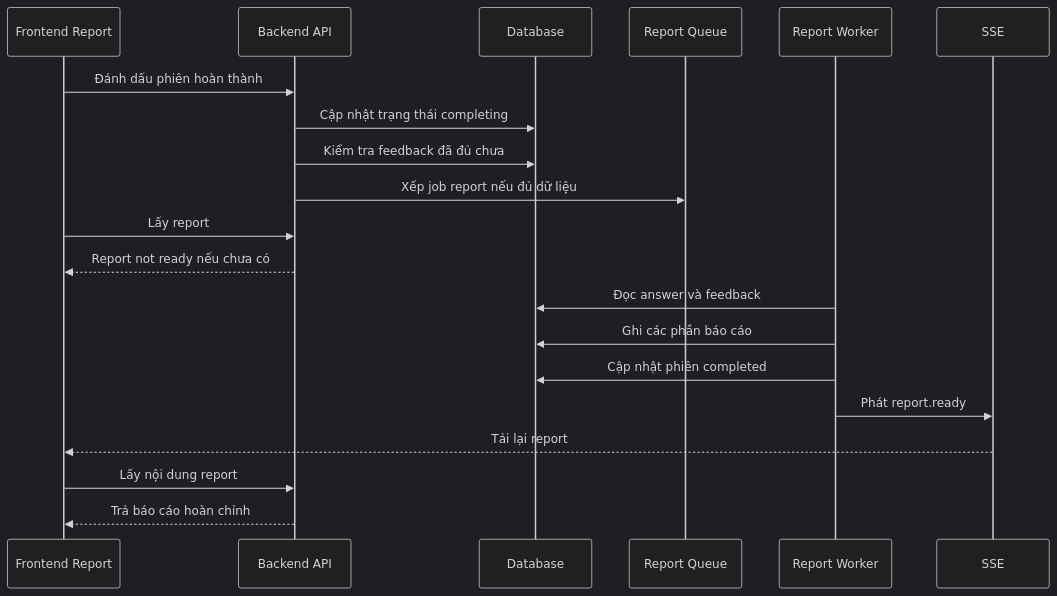
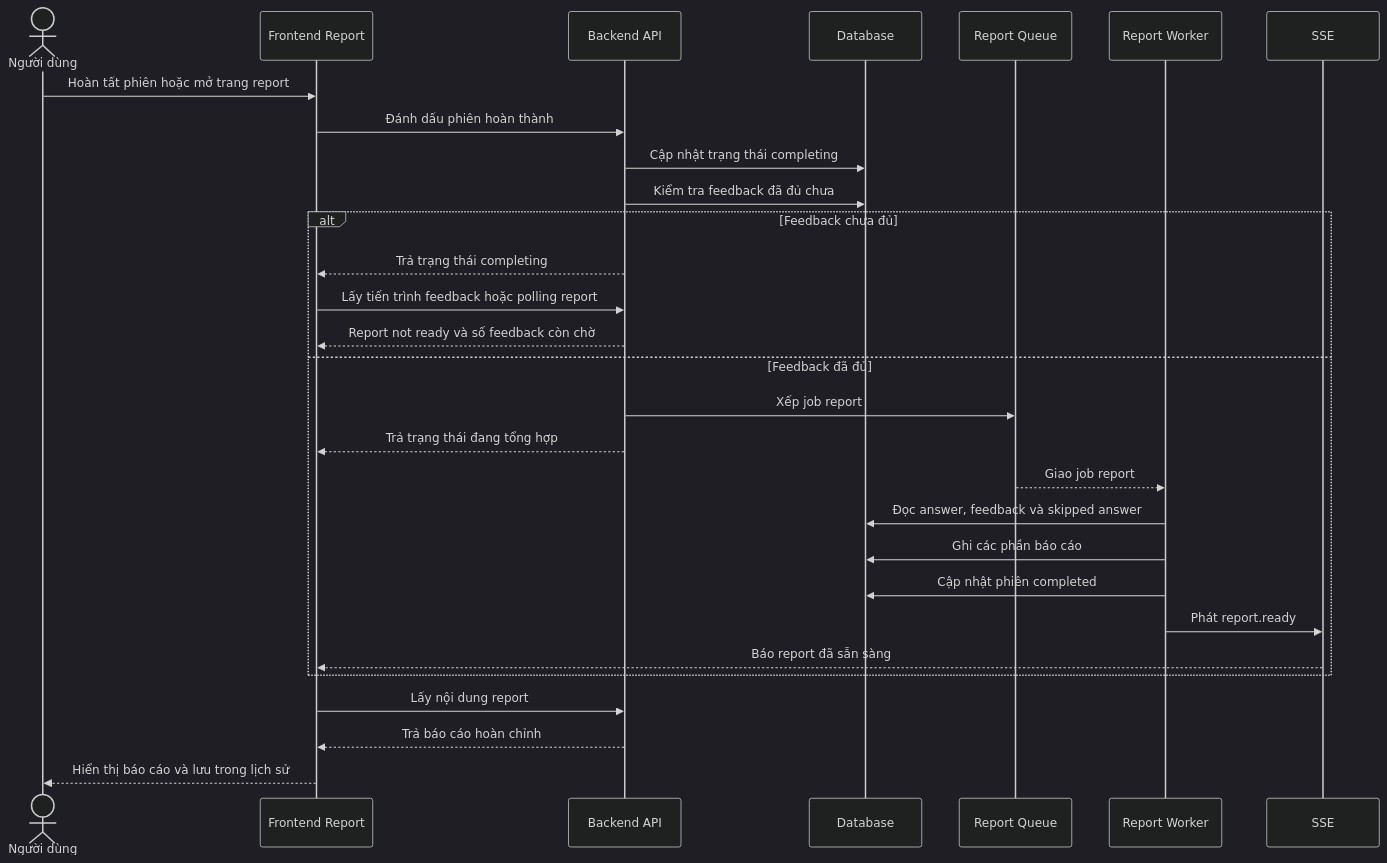
Before and after one commit to lethanhan01/interview-coach: diagram 15 of 18 in docs/final_report/Chuong4.md, drawn with Mermaid (dark theme). The commit also changed other lines of this file, not shown here.

Commit message:
Sửa lỗi báo cáo

````diff
--- a/docs/final_report/Chuong4.md
+++ b/docs/final_report/Chuong4.md
@@ -738,23 +858,34 @@
 ```mermaid
 sequenceDiagram
+    actor User as Người dùng
     participant FE as Frontend Report
     participant API as Backend API
     participant DB as Database
     participant Q as Report Queue
     participant Worker as Report Worker
     participant SSE as SSE
 
+    User->>FE: Hoàn tất phiên hoặc mở trang report
     FE->>API: Đánh dấu phiên hoàn thành
     API->>DB: Cập nhật trạng thái completing
     API->>DB: Kiểm tra feedback đã đủ chưa
-    API->>Q: Xếp job report nếu đủ dữ liệu
-    FE->>API: Lấy report
-    API-->>FE: Report not ready nếu chưa có
-    Worker->>DB: Đọc answer và feedback
-    Worker->>DB: Ghi các phần báo cáo
-    Worker->>DB: Cập nhật phiên completed
-    Worker->>SSE: Phát report.ready
-    SSE-->>FE: Tải lại report
+
+    alt Feedback chưa đủ
+        API-->>FE: Trả trạng thái completing
+        FE->>API: Lấy tiến trình feedback hoặc polling report
+        API-->>FE: Report not ready và số feedback còn chờ
+    else Feedback đã đủ
+        API->>Q: Xếp job report
+        API-->>FE: Trả trạng thái đang tổng hợp
+        Q-->>Worker: Giao job report
+        Worker->>DB: Đọc answer, feedback và skipped answer
+        Worker->>DB: Ghi các phần báo cáo
+        Worker->>DB: Cập nhật phiên completed
+        Worker->>SSE: Phát report.ready
+        SSE-->>FE: Báo report đã sẵn sàng
+    end
+
     FE->>API: Lấy nội dung report
     API-->>FE: Trả báo cáo hoàn chỉnh
+    FE-->>User: Hiển thị báo cáo và lưu trong lịch sử
 ```
````
